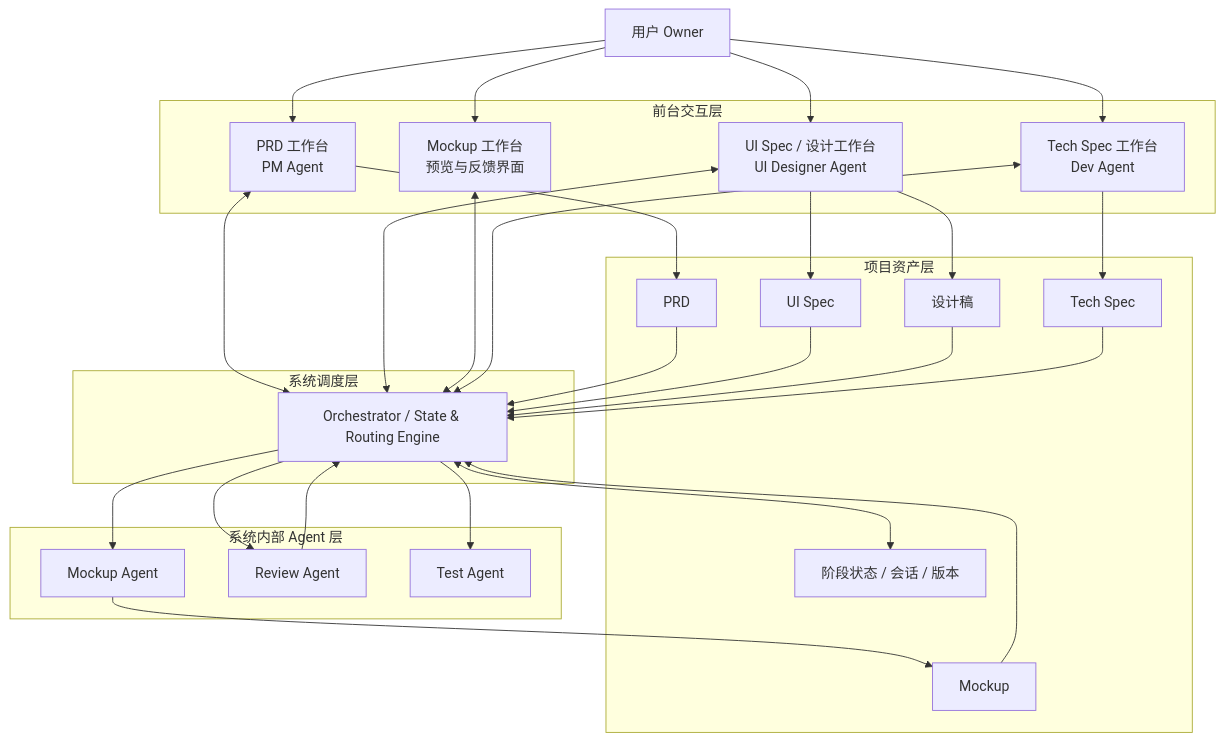
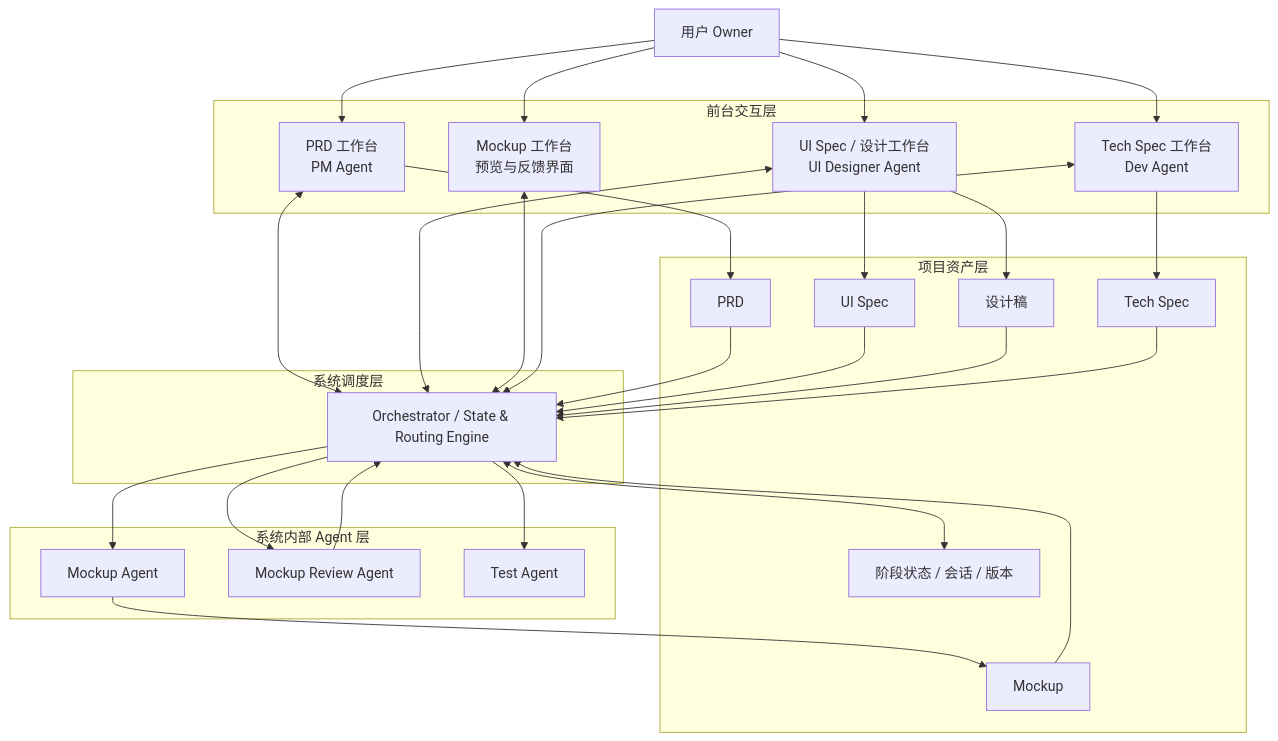
One commit to Jacobgxd/57Block_MVP_Builder changed the first of 9 diagrams in .blueprint/PRD_V1.md. Above: the diagram before and after it, drawn with Mermaid. The commit also changed other lines of this file and 4 other files, not shown here.

Commit message:
Update agent documentation to introduce the Mockup Review Agent, clarify the roles of existing agents, and remove the generic Review Agent definition. Adjust PRD to reflect the current iteration version and ensure quality checks are handled by respective stage agents.

````diff
--- a/.blueprint/PRD_V1.md
+++ b/.blueprint/PRD_V1.md
@@ -130,59 +131,59 @@
 ```mermaid
 flowchart TB
     U[用户 Owner]
 
     subgraph FE[前台交互层]
         PRDUI[PRD 工作台<br/>PM Agent]
         UISUI[UI Spec / 设计工作台<br/>UI Designer Agent]
         MOCKUI[Mockup 工作台<br/>预览与反馈界面]
         DEVUI[Tech Spec 工作台<br/>Dev Agent]
     end
 
     subgraph ORCH[系统调度层]
         ORC[Orchestrator / State & Routing Engine]
     end
 
     subgraph AGENTS[系统内部 Agent 层]
         MKA[Mockup Agent]
-        RVA[Review Agent]
+        MRA[Mockup Review Agent]
         TSA[Test Agent]
     end
 
     subgraph ASSETS[项目资产层]
         PRD[PRD]
         UIS[UI Spec]
         DSG[设计稿]
         MCK[Mockup]
         TEC[Tech Spec]
         ST[阶段状态 / 会话 / 版本]
     end
 
     U --> PRDUI
     U --> UISUI
     U --> MOCKUI
     U --> DEVUI
 
     PRDUI <--> ORC
     UISUI <--> ORC
     MOCKUI <--> ORC
     DEVUI <--> ORC
 
     ORC --> MKA
-    ORC --> RVA
+    ORC --> MRA
     ORC --> TSA
 
     PRDUI --> PRD
     UISUI --> UIS
     UISUI --> DSG
     DEVUI --> TEC
 
     MKA --> MCK
-    RVA --> ORC
+    MRA --> ORC
     ORC <--> ST
 
     PRD --> ORC
     UIS --> ORC
     DSG --> ORC
     MCK --> ORC
     TEC --> ORC
 ```
````
